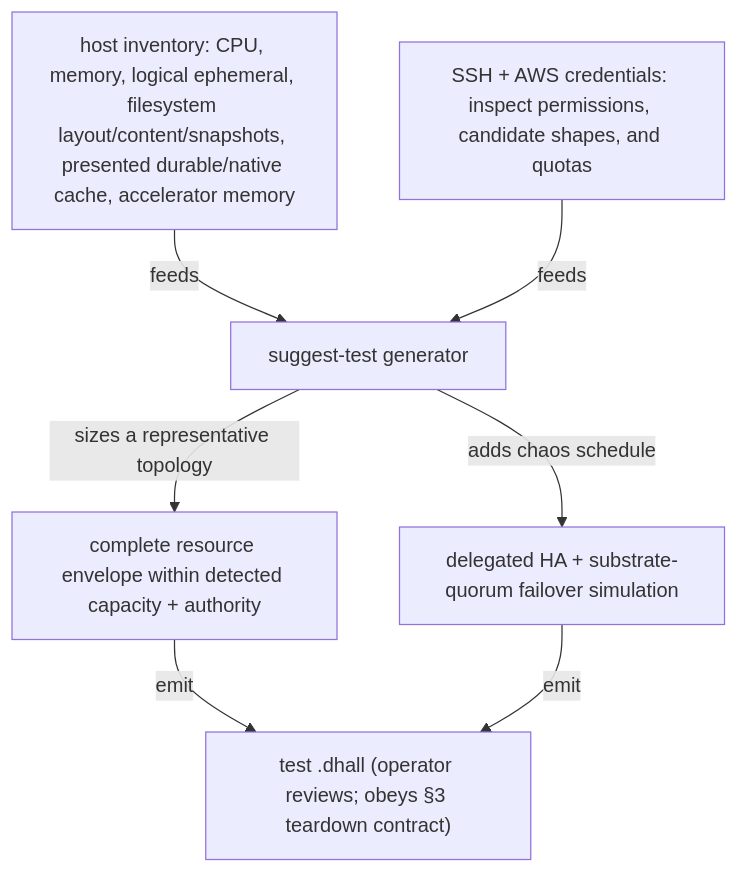
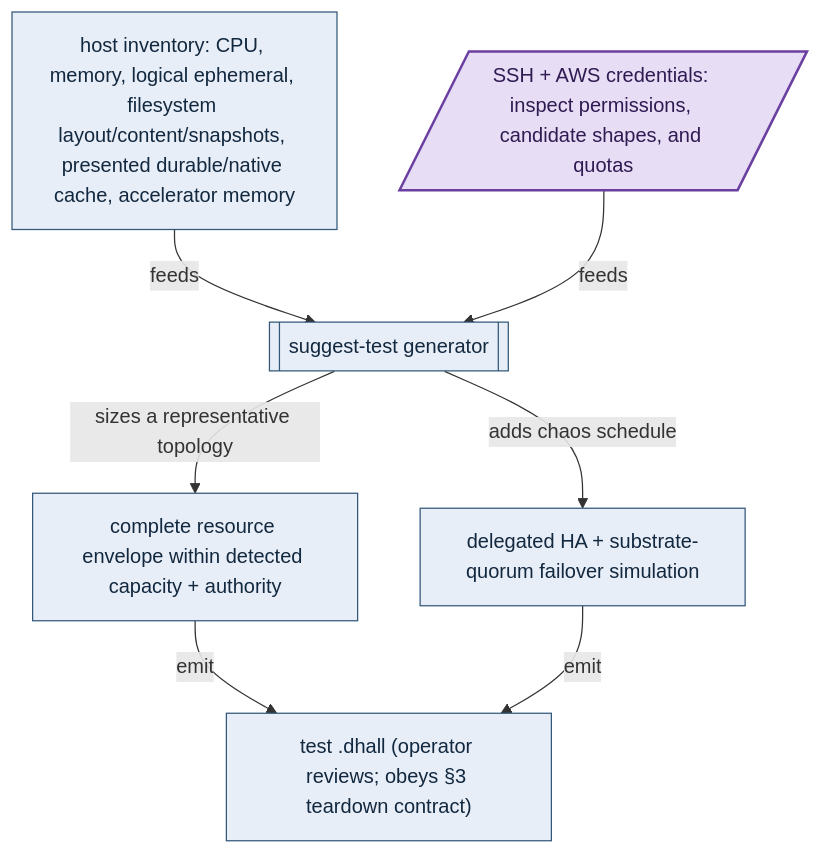
One commit to Tuee22/amoebius changed the second of 3 diagrams in documents/engineering/testing_doctrine.md. Above: the diagram before and after it, drawn with Mermaid. The commit also changed other lines of this file and 36 other files, not shown here.

````diff
--- a/documents/engineering/testing_doctrine.md
+++ b/documents/engineering/testing_doctrine.md
@@ -266,9 +272,11 @@
 ```mermaid
 flowchart TD
-  host["host inventory: CPU, memory, logical ephemeral, filesystem layout/content/snapshots, presented durable/native cache, accelerator memory"] -->|feeds| gen["suggest-test generator"]
-  creds["SSH + AWS credentials: inspect permissions, candidate shapes, and quotas"] -->|feeds| gen
-  gen -->|sizes a representative topology| res["complete resource envelope within detected capacity + authority"]
-  gen -->|adds chaos schedule| chaos["delegated HA + substrate-quorum failover simulation"]
-  res -->|emit| out["test .dhall (operator reviews; obeys §3 teardown contract)"]
+  host["host inventory: CPU, memory, logical ephemeral, filesystem layout/content/snapshots, presented durable/native cache, accelerator memory"]:::intent -->|feeds| gen[["suggest-test generator"]]:::intent
+  creds[/"SSH + AWS credentials: inspect permissions, candidate shapes, and quotas"/]:::effect -->|feeds| gen
+  gen -->|sizes a representative topology| res["complete resource envelope within detected capacity + authority"]:::intent
+  gen -->|adds chaos schedule| chaos["delegated HA + substrate-quorum failover simulation"]:::intent
+  res -->|emit| out["test .dhall (operator reviews; obeys §3 teardown contract)"]:::intent
   chaos -->|emit| out
+  classDef intent   fill:#e8eef7,stroke:#33587a,color:#12283f,stroke-width:1px
+  classDef effect   fill:#e7ddf5,stroke:#6b3fa0,color:#2f1a52,stroke-width:2px
 ```
````
